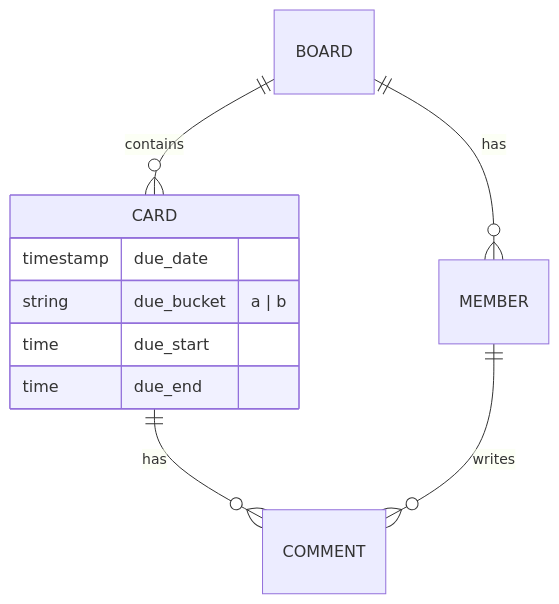
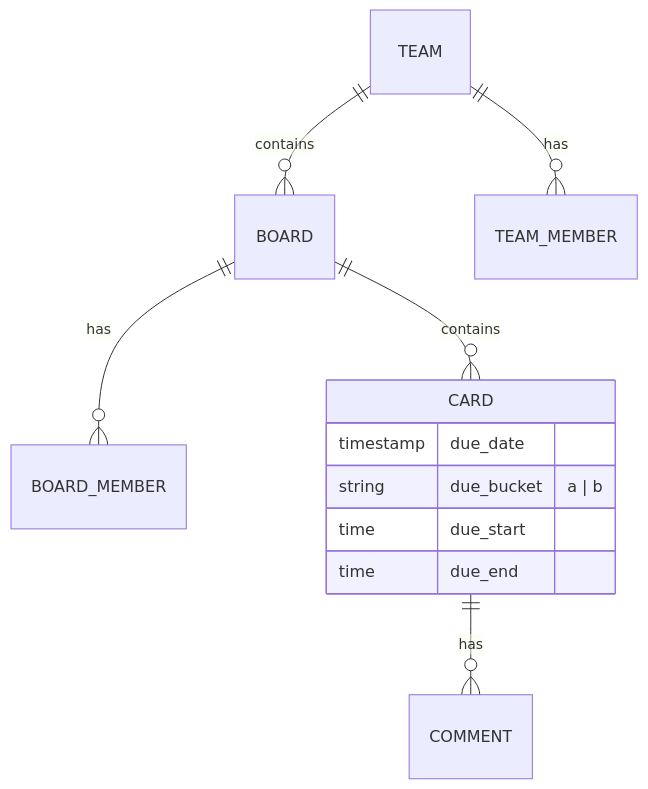
The diagram in docs/spec/domain-model.md (my151ae/taesk), drawn with Mermaid before and after one commit. The commit also changed other lines of this file and 20 other files, not shown here.

````diff
--- a/docs/spec/domain-model.md
+++ b/docs/spec/domain-model.md
@@ -45,14 +55,15 @@
 ```mermaid
 erDiagram
+    TEAM ||--o{ BOARD : contains
+    TEAM ||--o{ TEAM_MEMBER : has
+    BOARD ||--o{ BOARD_MEMBER : has
     BOARD ||--o{ CARD : contains
-    BOARD ||--o{ MEMBER : has
     CARD ||--o{ COMMENT : has
-    MEMBER ||--o{ COMMENT : writes
 
     CARD {
         timestamp due_date
         string due_bucket "a | b"
         time due_start
         time due_end
     }
 ```
````
